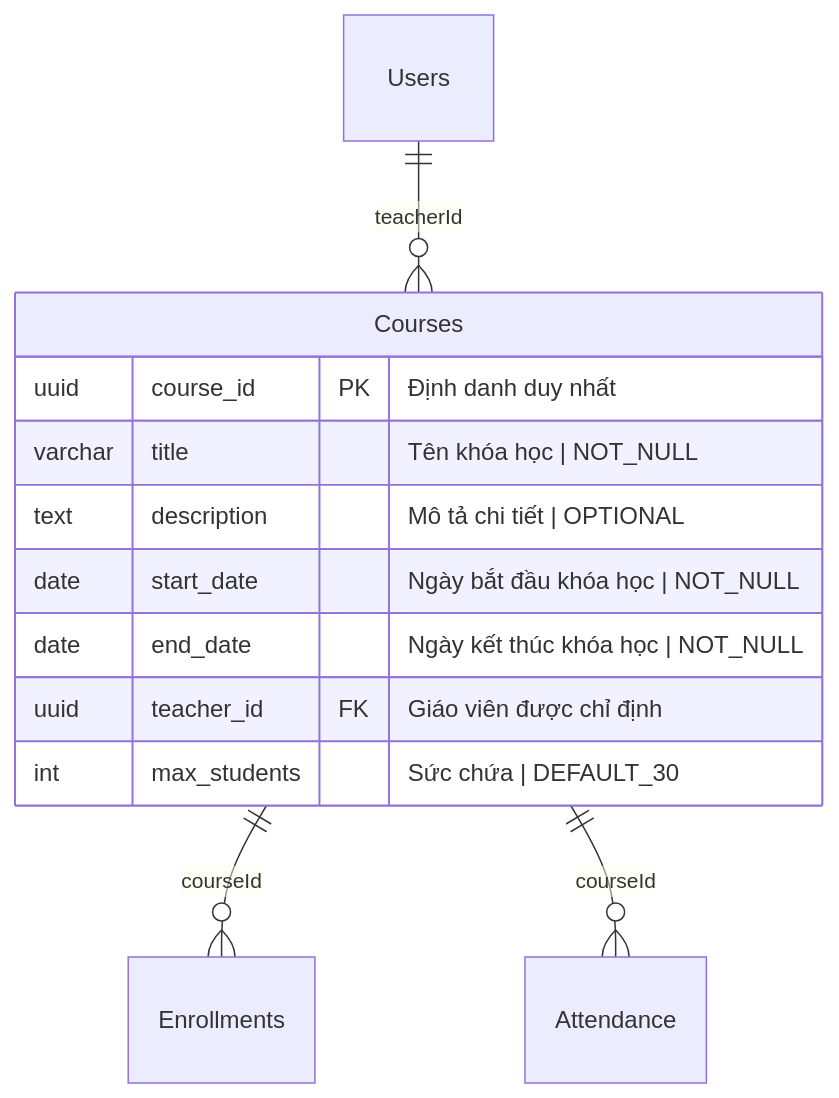
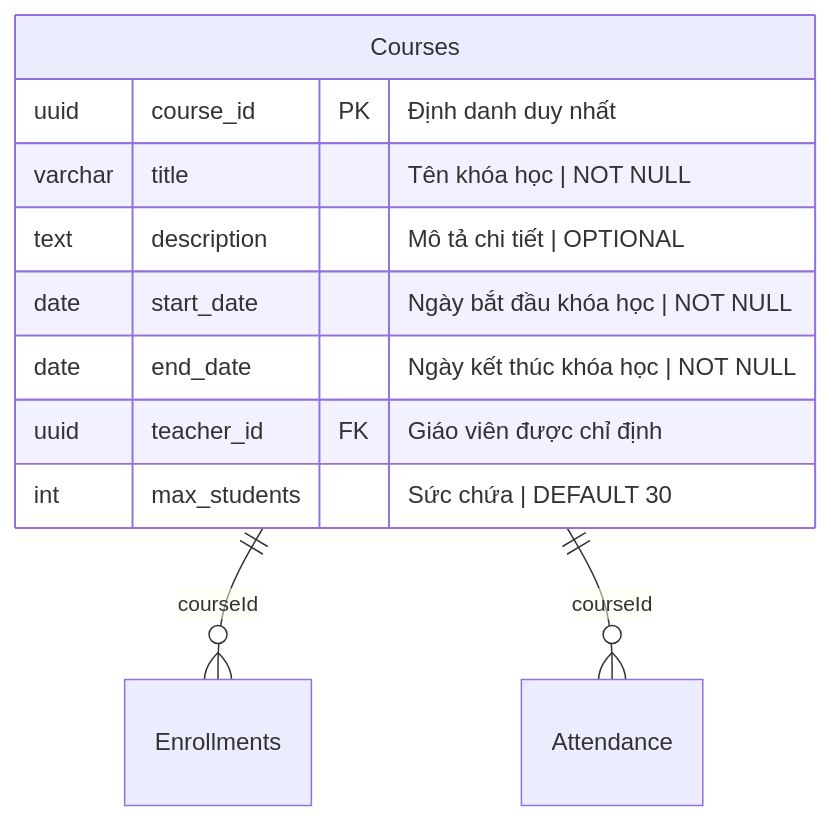
Before and after one commit to hainguyen81/enterprise-it-ai: the fourth of 12 diagrams in sources/storage/business-analysis/membership-hub/requirements.md, drawn with Mermaid. The commit also changed other lines of this file and 7 other files, not shown here.

````diff
--- a/sources/storage/business-analysis/membership-hub/requirements.md
+++ b/sources/storage/business-analysis/membership-hub/requirements.md
@@ -399,15 +457,14 @@
 ```mermaid
 erDiagram
     Courses {
         uuid course_id PK "Định danh duy nhất"
-        varchar title "Tên khóa học | NOT_NULL"
+        varchar title "Tên khóa học | NOT NULL"
         text description "Mô tả chi tiết | OPTIONAL"
-        date start_date "Ngày bắt đầu khóa học | NOT_NULL"
-        date end_date "Ngày kết thúc khóa học | NOT_NULL"
+        date start_date "Ngày bắt đầu khóa học | NOT NULL"
+        date end_date "Ngày kết thúc khóa học | NOT NULL"
         uuid teacher_id FK "Giáo viên được chỉ định"
-        int max_students "Sức chứa | DEFAULT_30"
+        int max_students "Sức chứa | DEFAULT 30"
     }
     Courses ||--o{ Enrollments : "courseId"
     Courses ||--o{ Attendance : "courseId"
-    Users ||--o{ Courses : "teacherId"
 ```
````
